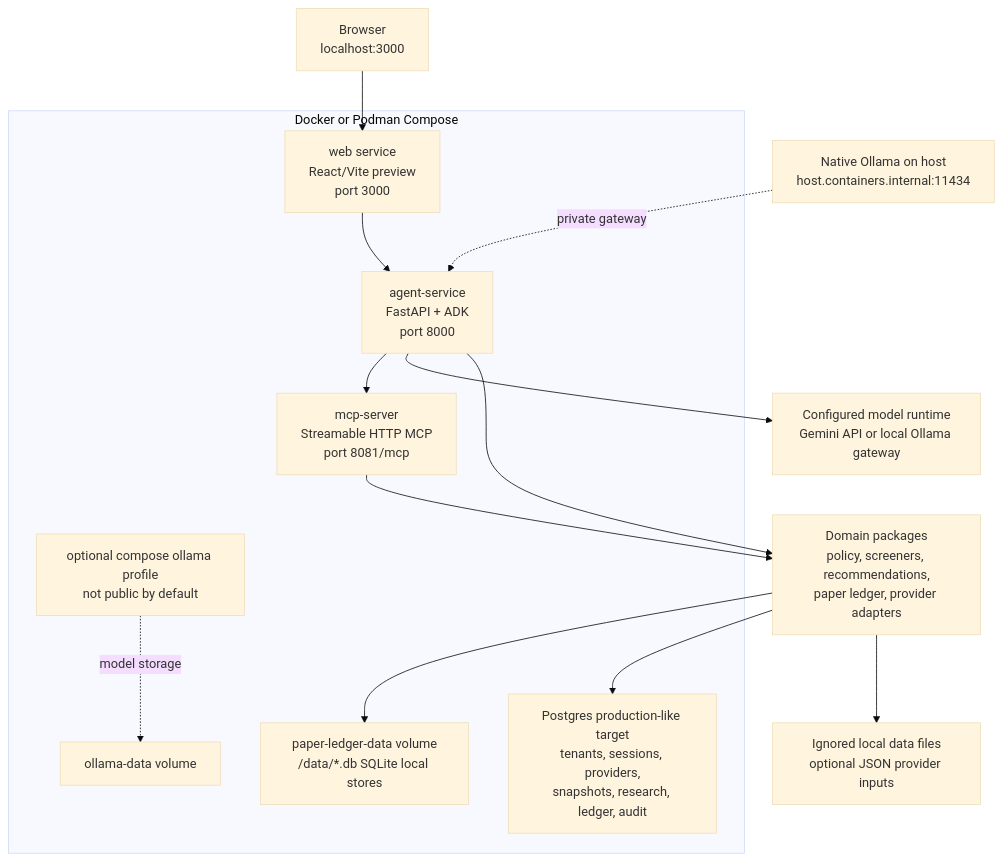
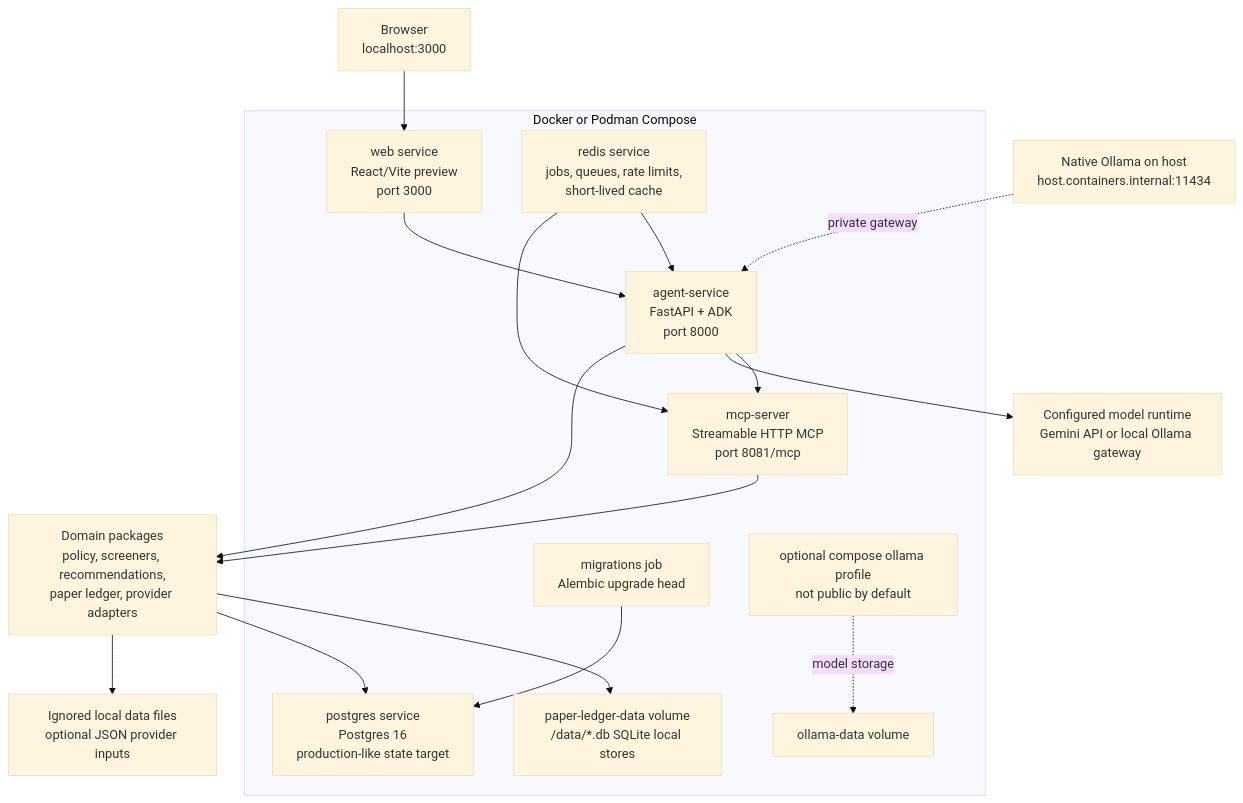
The second of 2 diagrams in README.md (vinay-raghavan/portfolio-management-agentic), drawn with Mermaid (base theme) before and after one commit. The commit also changed other lines of this file and 10 other files, not shown here.

Commit message:
Add Postgres Alembic foundation (#54)

````diff
--- a/README.md
+++ b/README.md
@@ -199,24 +201,29 @@
 ```mermaid
 flowchart TB
     Browser["Browser<br/>localhost:3000"] --> Web["web service<br/>React/Vite preview<br/>port 3000"]
     Web --> Agent["agent-service<br/>FastAPI + ADK<br/>port 8000"]
     Agent --> MCP["mcp-server<br/>Streamable HTTP MCP<br/>port 8081/mcp"]
     Agent --> Model["Configured model runtime<br/>Gemini API or local Ollama gateway"]
     MCP --> Domain["Domain packages<br/>policy, screeners, recommendations,<br/>paper ledger, provider adapters"]
     Agent --> Domain
     Domain --> Volume["paper-ledger-data volume<br/>/data/*.db SQLite local stores"]
-    Domain --> Postgres["Postgres production-like target<br/>tenants, sessions, providers,<br/>snapshots, research, ledger, audit"]
+    Domain --> Postgres["postgres service<br/>Postgres 16<br/>production-like state target"]
+    Migrations["migrations job<br/>Alembic upgrade head"] --> Postgres
+    Redis["redis service<br/>jobs, queues, rate limits,<br/>short-lived cache"] --> Agent
+    Redis --> MCP
     Domain --> LocalData["Ignored local data files<br/>optional JSON provider inputs"]
     NativeOllama["Native Ollama on host<br/>host.containers.internal:11434"] -. "private gateway" .-> Agent
     OllamaProfile["optional compose ollama profile<br/>not public by default"] -. "model storage" .-> OllamaVolume["ollama-data volume"]
 
     subgraph Compose["Docker or Podman Compose"]
         Web
         Agent
         MCP
+        Migrations
+        Redis
         Volume
         Postgres
         OllamaProfile
         OllamaVolume
     end
 ```
````
